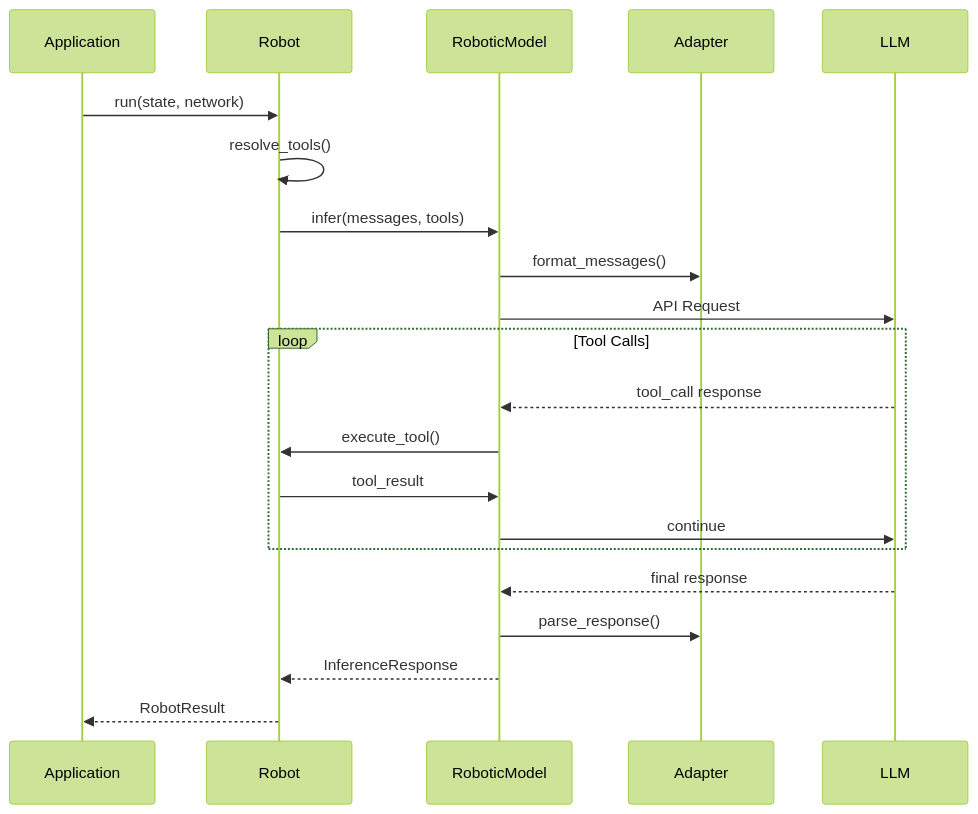
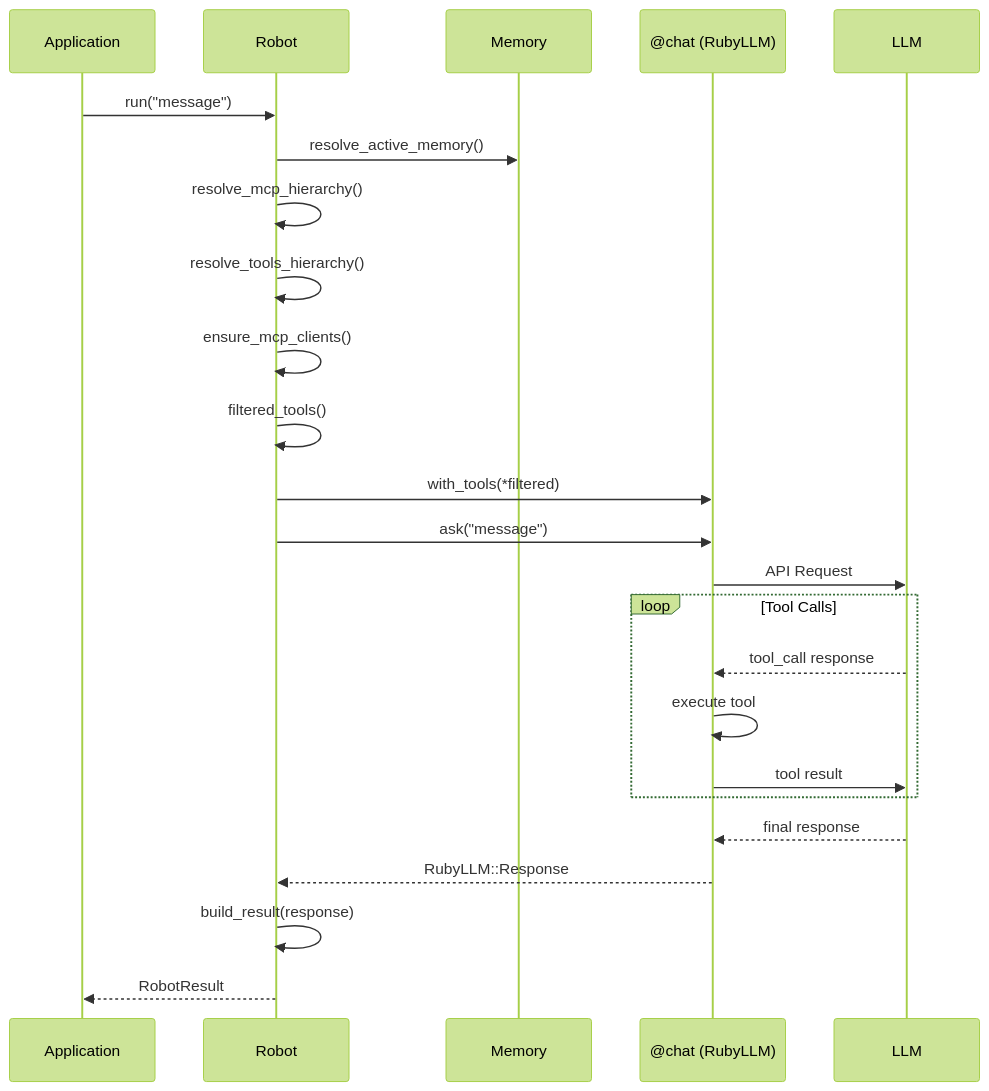
One commit to MadBomber/robot_lab changed the first of 2 diagrams in docs/architecture/robot-execution.md. Above: the diagram before and after it, drawn with Mermaid (forest theme). The commit also changed other lines of this file and 92 other files, not shown here.

````diff
--- a/docs/architecture/robot-execution.md
+++ b/docs/architecture/robot-execution.md
@@ -9,26 +9,29 @@
 ```mermaid
 sequenceDiagram
     participant App as Application
     participant Robot
-    participant Model as RoboticModel
-    participant Adapter
+    participant Memory
+    participant Chat as @chat (RubyLLM)
     participant LLM
 
-    App->>Robot: run(state, network)
-    Robot->>Robot: resolve_tools()
-    Robot->>Model: infer(messages, tools)
-    Model->>Adapter: format_messages()
-    Model->>LLM: API Request
+    App->>Robot: run("message")
+    Robot->>Memory: resolve_active_memory()
+    Robot->>Robot: resolve_mcp_hierarchy()
+    Robot->>Robot: resolve_tools_hierarchy()
+    Robot->>Robot: ensure_mcp_clients()
+    Robot->>Robot: filtered_tools()
+    Robot->>Chat: with_tools(*filtered)
+    Robot->>Chat: ask("message")
+    Chat->>LLM: API Request
 
     loop Tool Calls
-        LLM-->>Model: tool_call response
-        Model->>Robot: execute_tool()
-        Robot->>Model: tool_result
-        Model->>LLM: continue
+        LLM-->>Chat: tool_call response
+        Chat->>Chat: execute tool
+        Chat->>LLM: tool result
     end
 
-    LLM-->>Model: final response
-    Model->>Adapter: parse_response()
-    Model-->>Robot: InferenceResponse
+    LLM-->>Chat: final response
+    Chat-->>Robot: RubyLLM::Response
+    Robot->>Robot: build_result(response)
     Robot-->>App: RobotResult
 ```
````
